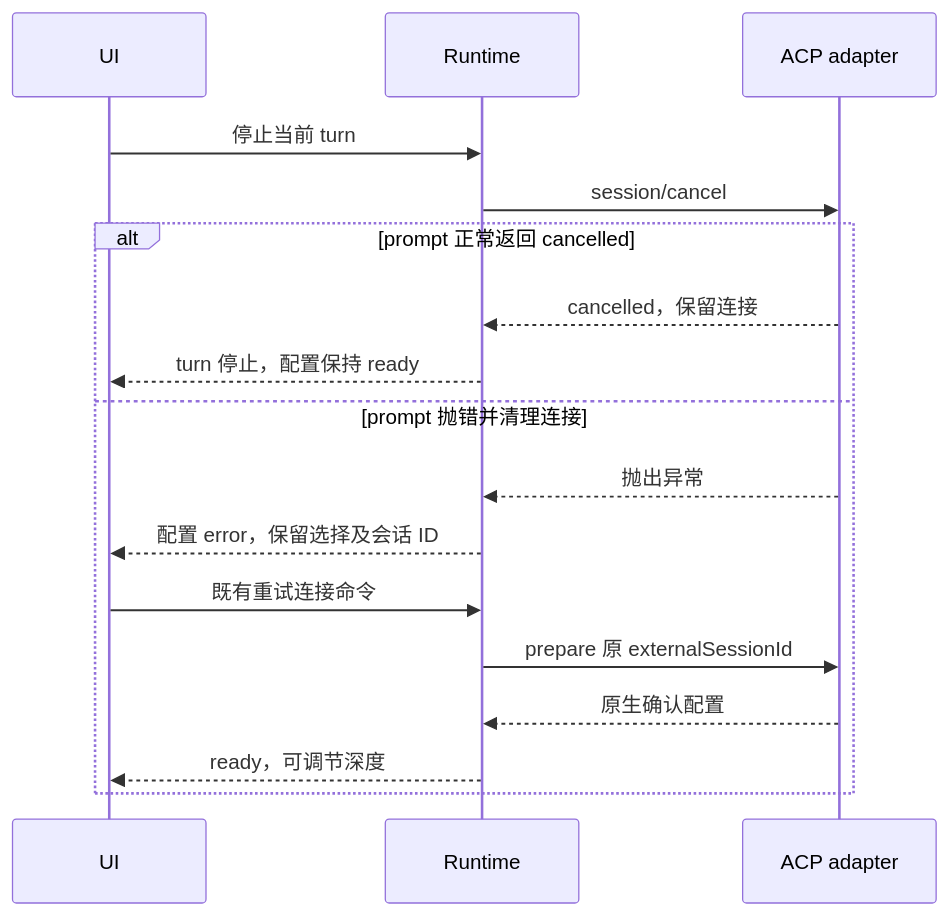
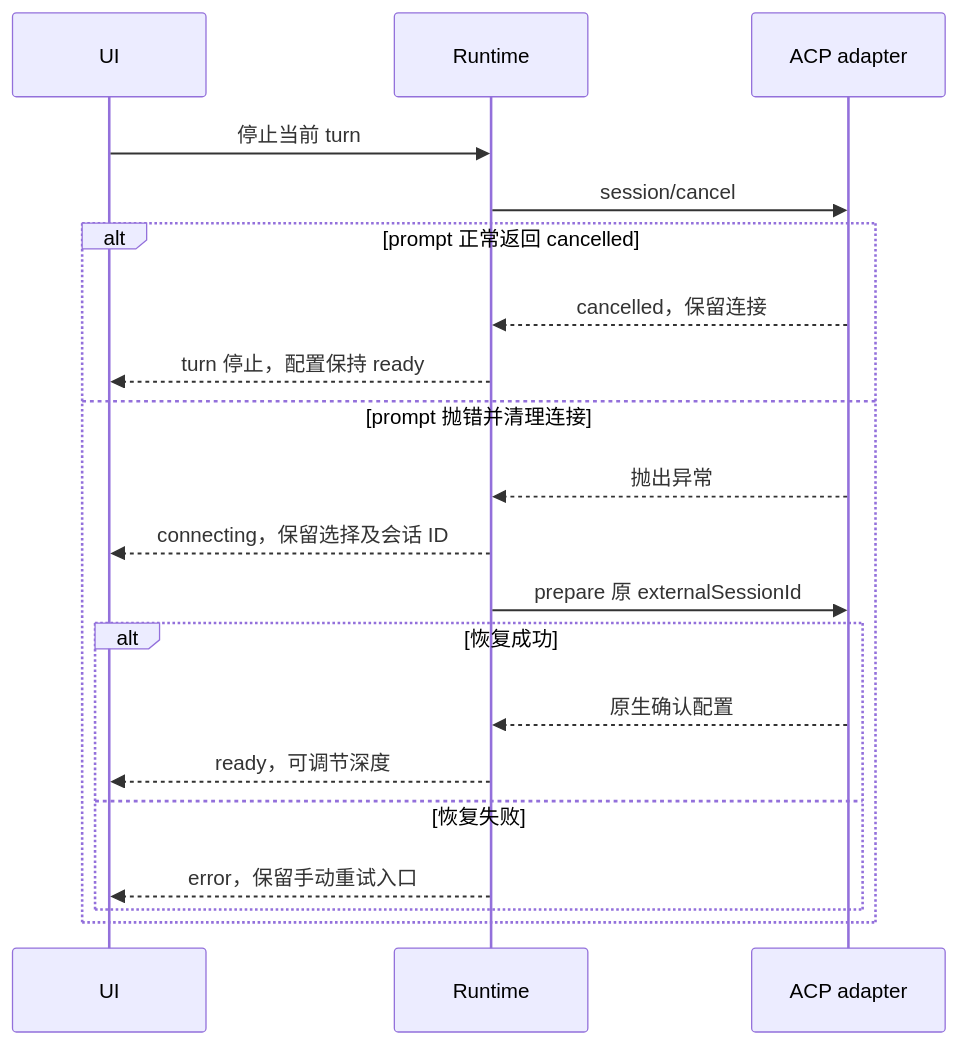
Before and after one commit to OpenX123/ZCode: the eighth of 9 diagrams in docs/desktop/external-agent-engines-spec.md, drawn with Mermaid. The commit also changed other lines of this file and 30 other files, not shown here.

````diff
--- a/docs/desktop/external-agent-engines-spec.md
+++ b/docs/desktop/external-agent-engines-spec.md
@@ -382,19 +384,22 @@
 ```mermaid
 sequenceDiagram
   participant U as UI
   participant R as Runtime
   participant A as ACP adapter
   U->>R: 停止当前 turn
   R->>A: session/cancel
   alt prompt 正常返回 cancelled
     A-->>R: cancelled，保留连接
     R-->>U: turn 停止，配置保持 ready
   else prompt 抛错并清理连接
     A-->>R: 抛出异常
-    R-->>U: 配置 error，保留选择及会话 ID
-    U->>R: 既有重试连接命令
+    R-->>U: connecting，保留选择及会话 ID
     R->>A: prepare 原 externalSessionId
-    A-->>R: 原生确认配置
-    R-->>U: ready，可调节深度
+    alt 恢复成功
+      A-->>R: 原生确认配置
+      R-->>U: ready，可调节深度
+    else 恢复失败
+      R-->>U: error，保留手动重试入口
+    end
   end
 ```
````
